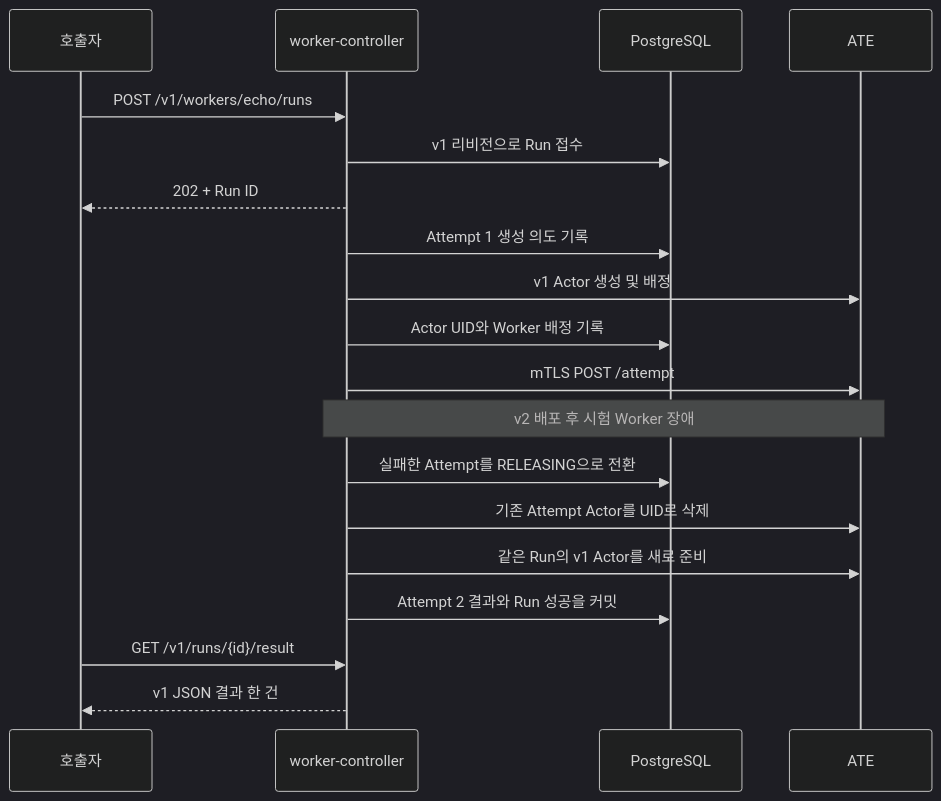
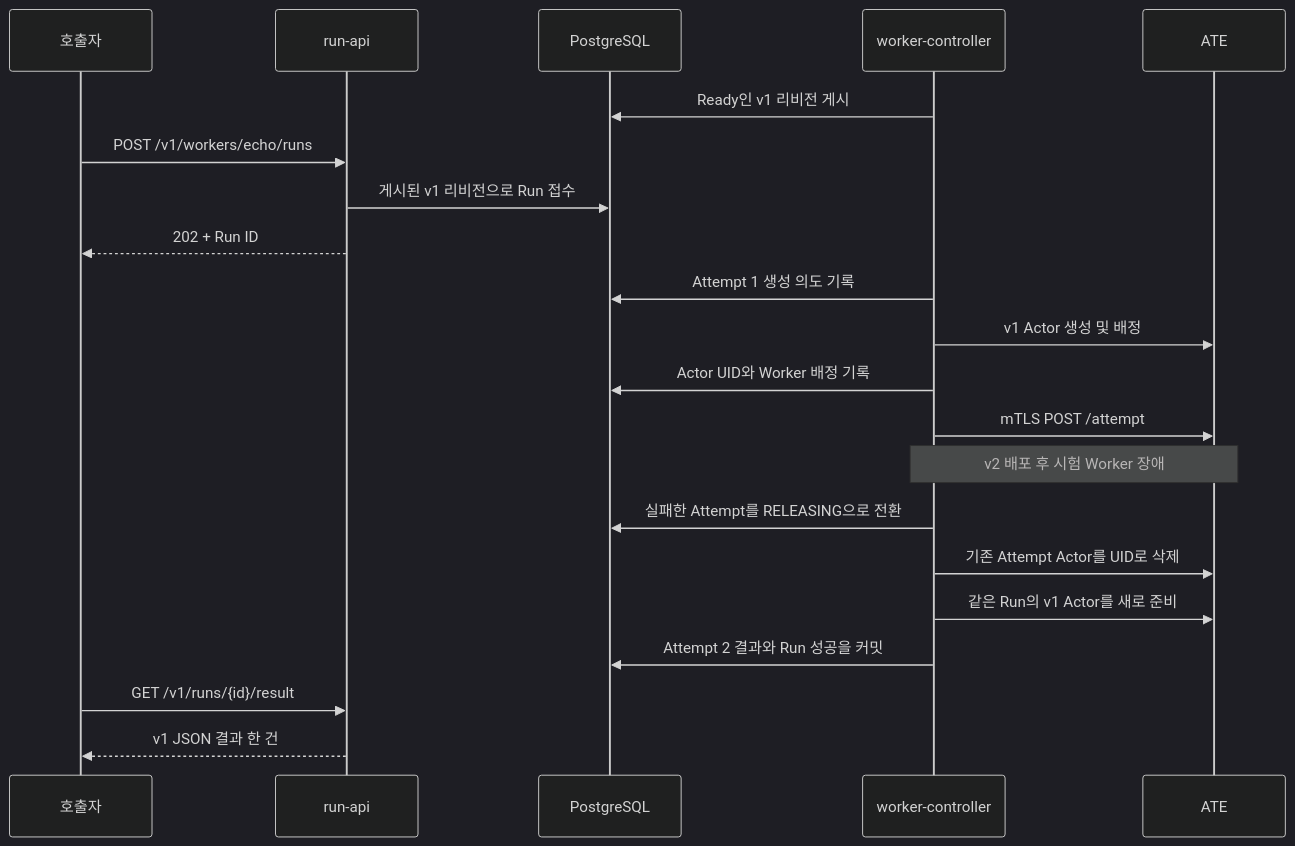
One commit to imprun/worker-platform changed the diagram in docs/job-api.md. Above: the diagram before and after it, drawn with Mermaid (dark theme). The commit also changed other lines of this file and 27 other files, not shown here.

Commit message:
Run API 분리와 PostgreSQL 리비전 게시

````diff
--- a/docs/job-api.md
+++ b/docs/job-api.md
@@ -7,21 +7,23 @@
 ```mermaid
 sequenceDiagram
     participant Client as 호출자
+    participant API as run-api
+    participant DB as PostgreSQL
     participant C as worker-controller
-    participant DB as PostgreSQL
     participant A as ATE
-    Client->>C: POST /v1/workers/echo/runs
-    C->>DB: v1 리비전으로 Run 접수
-    C-->>Client: 202 + Run ID
+    C->>DB: Ready인 v1 리비전 게시
+    Client->>API: POST /v1/workers/echo/runs
+    API->>DB: 게시된 v1 리비전으로 Run 접수
+    API-->>Client: 202 + Run ID
     C->>DB: Attempt 1 생성 의도 기록
     C->>A: v1 Actor 생성 및 배정
     C->>DB: Actor UID와 Worker 배정 기록
     C->>A: mTLS POST /attempt
     Note over C,A: v2 배포 후 시험 Worker 장애
     C->>DB: 실패한 Attempt를 RELEASING으로 전환
     C->>A: 기존 Attempt Actor를 UID로 삭제
     C->>A: 같은 Run의 v1 Actor를 새로 준비
     C->>DB: Attempt 2 결과와 Run 성공을 커밋
-    Client->>C: GET /v1/runs/{id}/result
-    C-->>Client: v1 JSON 결과 한 건
+    Client->>API: GET /v1/runs/{id}/result
+    API-->>Client: v1 JSON 결과 한 건
 ```
````
